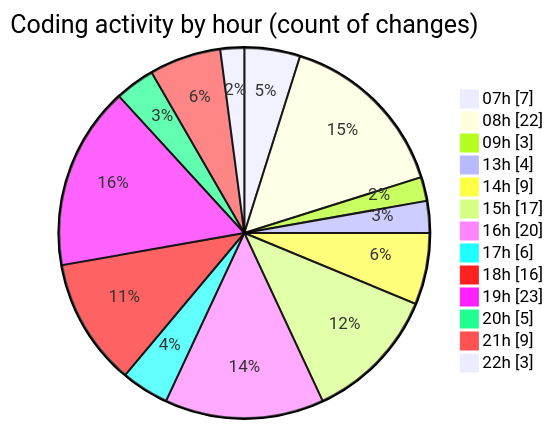
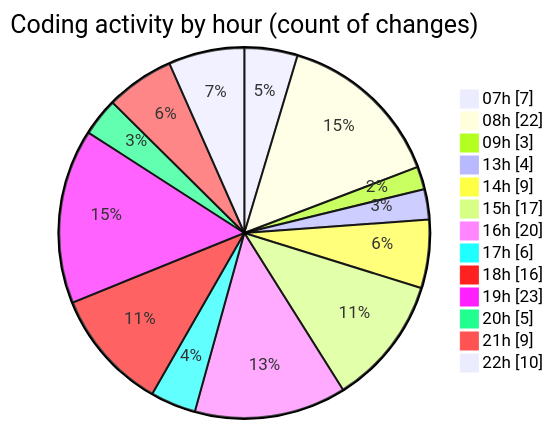
The second of 2 diagrams in 2025-05-04/niten/README.md (Elitesun/code-tracking), drawn with Mermaid before and after one commit. The commit also changed other lines of this file and 1 other file, not shown here.

````diff
--- a/2025-05-04/niten/README.md
+++ b/2025-05-04/niten/README.md
@@ -66,17 +68,17 @@
 ```mermaid
 pie showData
 title Coding activity by hour (count of changes)
 "07h" : 7
 "08h" : 22
 "09h" : 3
 "13h" : 4
 "14h" : 9
 "15h" : 17
 "16h" : 20
 "17h" : 6
 "18h" : 16
 "19h" : 23
 "20h" : 5
 "21h" : 9
-"22h" : 3
+"22h" : 10
 ```
````
